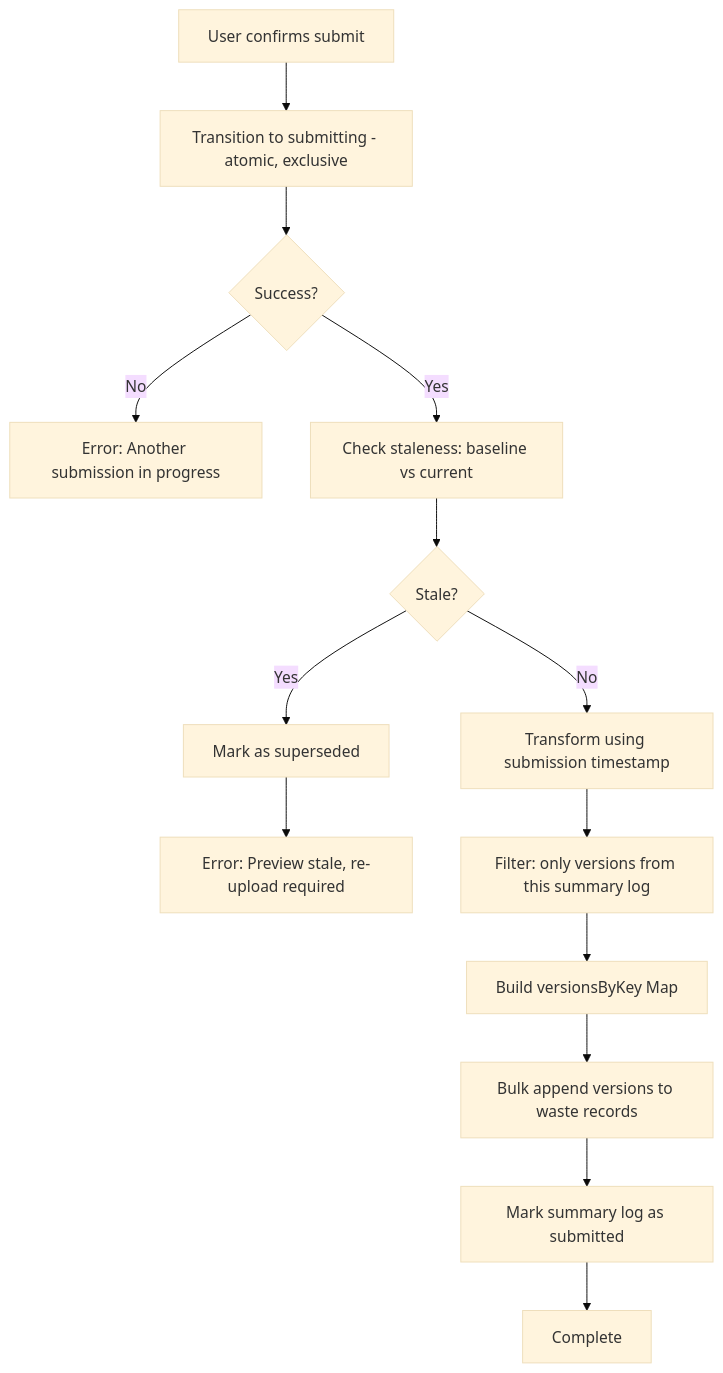
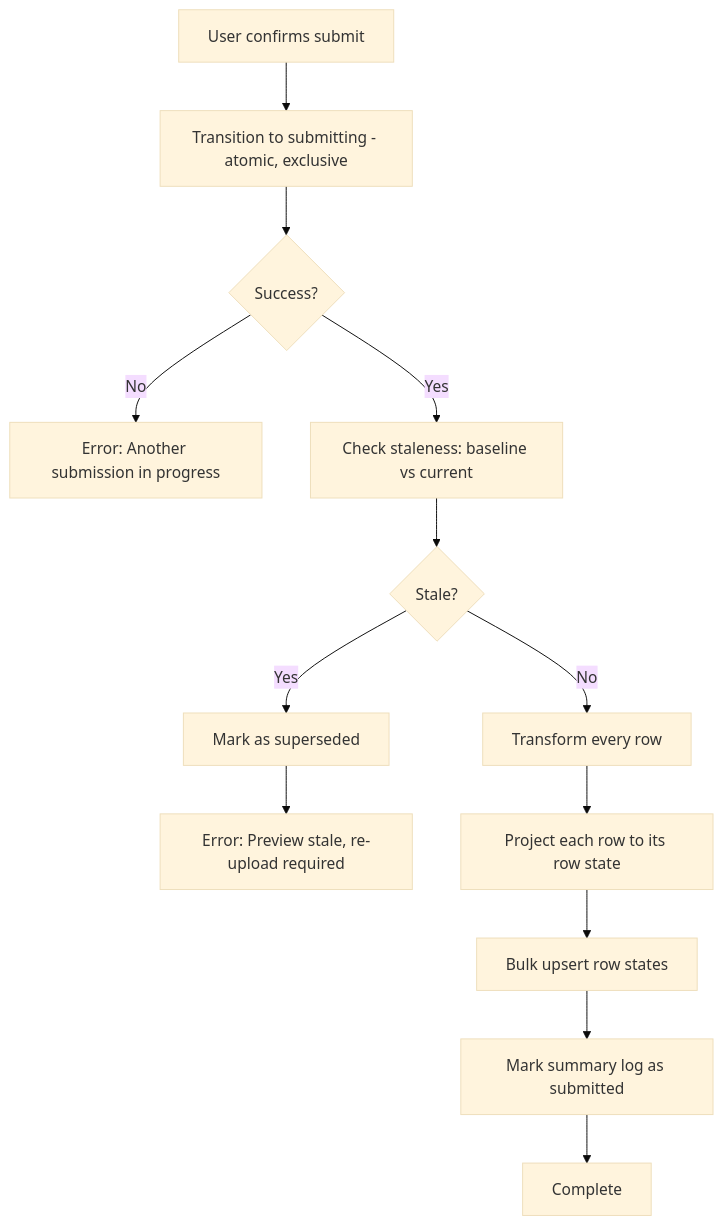
One commit to DEFRA/epr-re-ex-service changed the seventh of 7 diagrams in docs/architecture/defined/summary-log-submission-lld.md. Above: the diagram before and after it, drawn with Mermaid (base theme). The commit also changed other lines of this file and 3 other files, not shown here.

Commit message:
PAE-1779: Correct the waste record persistence claims in the defined architecture docs (#405)

````diff
--- a/docs/architecture/defined/summary-log-submission-lld.md
+++ b/docs/architecture/defined/summary-log-submission-lld.md
@@ -441,16 +437,15 @@
 ```mermaid
 flowchart TD
     A[User confirms submit] --> B[Transition to submitting - atomic, exclusive]
     B --> C{Success?}
     C -->|No| D[Error: Another submission in progress]
     C -->|Yes| E[Check staleness: baseline vs current]
     E --> F{Stale?}
     F -->|Yes| G[Mark as superseded]
     G --> H[Error: Preview stale, re-upload required]
-    F -->|No| I[Transform using submission timestamp]
-    I --> J[Filter: only versions from this summary log]
-    J --> K[Build versionsByKey Map]
-    K --> L[Bulk append versions to waste records]
-    L --> M[Mark summary log as submitted]
-    M --> N[Complete]
+    F -->|No| I[Transform every row]
+    I --> J[Project each row to its row state]
+    J --> K[Bulk upsert row states]
+    K --> L[Mark summary log as submitted]
+    L --> M[Complete]
 ```
````
